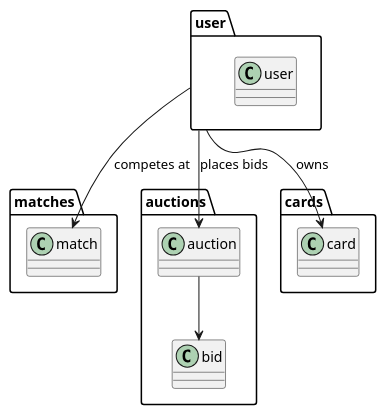
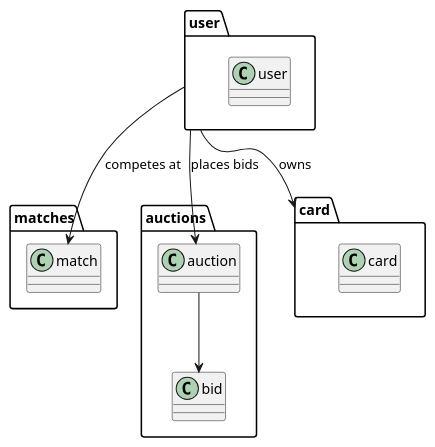
The diagram in docs/design.wsd (Turao/have-fun-go), drawn with PlantUML before and after one commit. The commit also changed 3 other files, not shown here.

Commit message:
Rename cards package to card (Go convention)

```diff
--- a/docs/design.wsd
+++ b/docs/design.wsd
@@ -1,26 +1,26 @@
 @startuml design
 
 package matches {
   class match
 }
 
 package auctions {
   class auction
   class bid
 
   auction --> bid
 }
 
-package cards {
+package card {
   class card
 }
 
 package user {
   class user
 }
 
 user --> auction : places bids
 user --> card : owns
 user --> match : competes at
 
 @enduml
```
